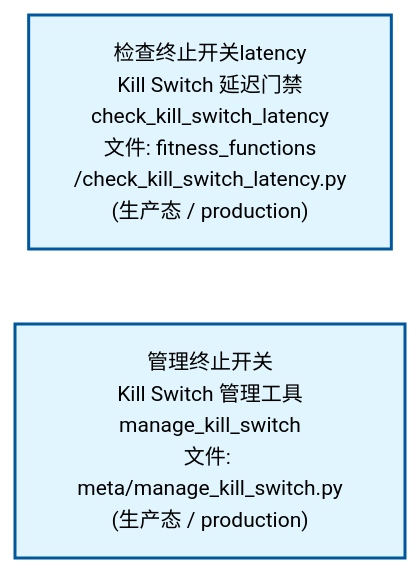
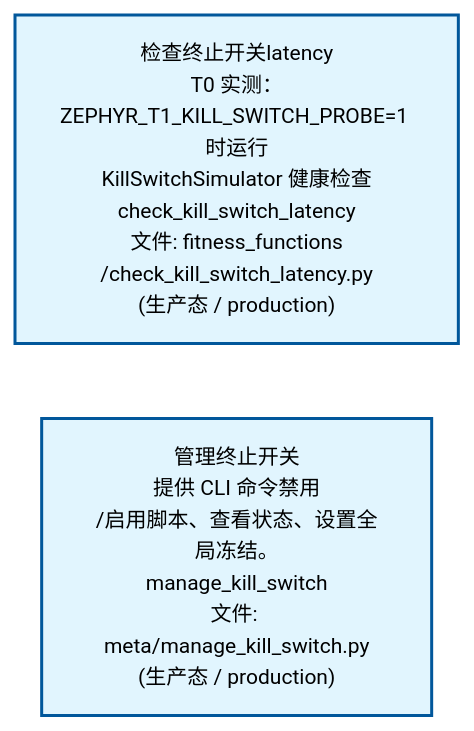
The second of 3 diagrams in docs/02_enterprise_architecture/02_domain_architecture_docs/34_d_autonomy_perm.md (xuanFelixVan/ZephyrAlpha), drawn with Mermaid before and after one commit. The commit also changed other lines of this file and 48 other files, not shown here.

````diff
--- a/docs/02_enterprise_architecture/02_domain_architecture_docs/34_d_autonomy_perm.md
+++ b/docs/02_enterprise_architecture/02_domain_architecture_docs/34_d_autonomy_perm.md
@@ -75,12 +75,12 @@
 ```mermaid
 %%{init: {'theme': 'base', 'themeVariables': {'primaryColor': '#eaeaea', 'primaryTextColor': '#333333', 'primaryBorderColor': '#666666', 'lineColor': '#666666', 'secondaryColor': '#eaeaea', 'tertiaryColor': '#eaeaea', 'fontSize': '14px'}}}%%
 flowchart TD
-    scripts_arch_guard_fitness_functions_check_kill_switch_latency_py["检查终止开关latency<br/>Kill Switch 延迟门禁<br/>check_kill_switch_latency<br/>文件: fitness_functions<br/>/check_kill_switch_latency.py<br/>(生产态 / production)"]
-    scripts_governance_meta_manage_kill_switch_py["管理终止开关<br/>Kill Switch 管理工具<br/>manage_kill_switch<br/>文件: meta/manage_kill_switch.py<br/>(生产态 / production)"]
+    scripts_arch_guard_fitness_functions_check_kill_switch_latency_py["检查终止开关latency<br/>T0 实测：ZEPHYR_T1_KILL_SWITCH_PROBE=1 时运行<br/>KillSwitchSimulator 健康检查<br/>check_kill_switch_latency<br/>文件: fitness_functions<br/>/check_kill_switch_latency.py<br/>(生产态 / production)"]
+    scripts_governance_meta_manage_kill_switch_py["管理终止开关<br/>提供 CLI 命令禁用<br/>/启用脚本、查看状态、设置全局冻结。<br/>manage_kill_switch<br/>文件: meta/manage_kill_switch.py<br/>(生产态 / production)"]
     scripts_arch_guard_fitness_functions_check_kill_switch_latency_py ~~~ scripts_governance_meta_manage_kill_switch_py
     classDef production fill:#e1f5fe,stroke:#01579b,stroke-width:2px,color:#000
     classDef design fill:#fff3e0,stroke:#e65100,stroke-width:2px,color:#000,stroke-dasharray: 5 5
     classDef external_prod fill:#e8f4fd,stroke:#0277bd,stroke-width:1px,color:#000
     classDef external_design fill:#fff8e7,stroke:#ef6c00,stroke-width:1px,color:#000,stroke-dasharray: 5 5
     class scripts_arch_guard_fitness_functions_check_kill_switch_latency_py,scripts_governance_meta_manage_kill_switch_py production
 ```
````
